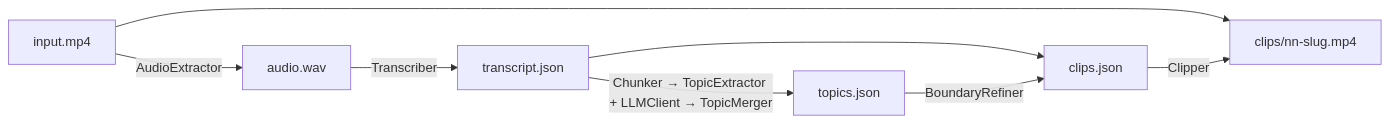
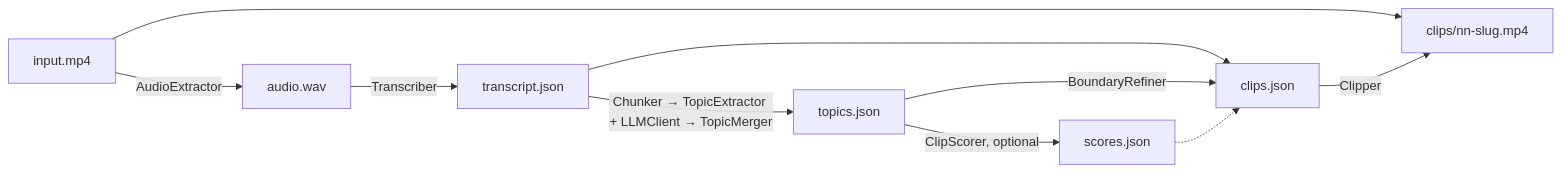
The diagram in docs/contracts.md (YassineMessioui/Echo), drawn with Mermaid before and after one commit. The commit also changed other lines of this file and 11 other files, not shown here.

````diff
--- a/docs/contracts.md
+++ b/docs/contracts.md
@@ -8,10 +8,12 @@
 ```mermaid
 flowchart LR
   V[input.mp4] -->|AudioExtractor| A[audio.wav]
   A -->|Transcriber| T[transcript.json]
   T -->|Chunker → TopicExtractor + LLMClient → TopicMerger| P[topics.json]
+  P -->|ClipScorer, optional| S[scores.json]
   T --> R
   P -->|BoundaryRefiner| R[clips.json]
+  S -.-> R
   V --> C
   R -->|Clipper| C[clips/nn-slug.mp4]
 ```
````
